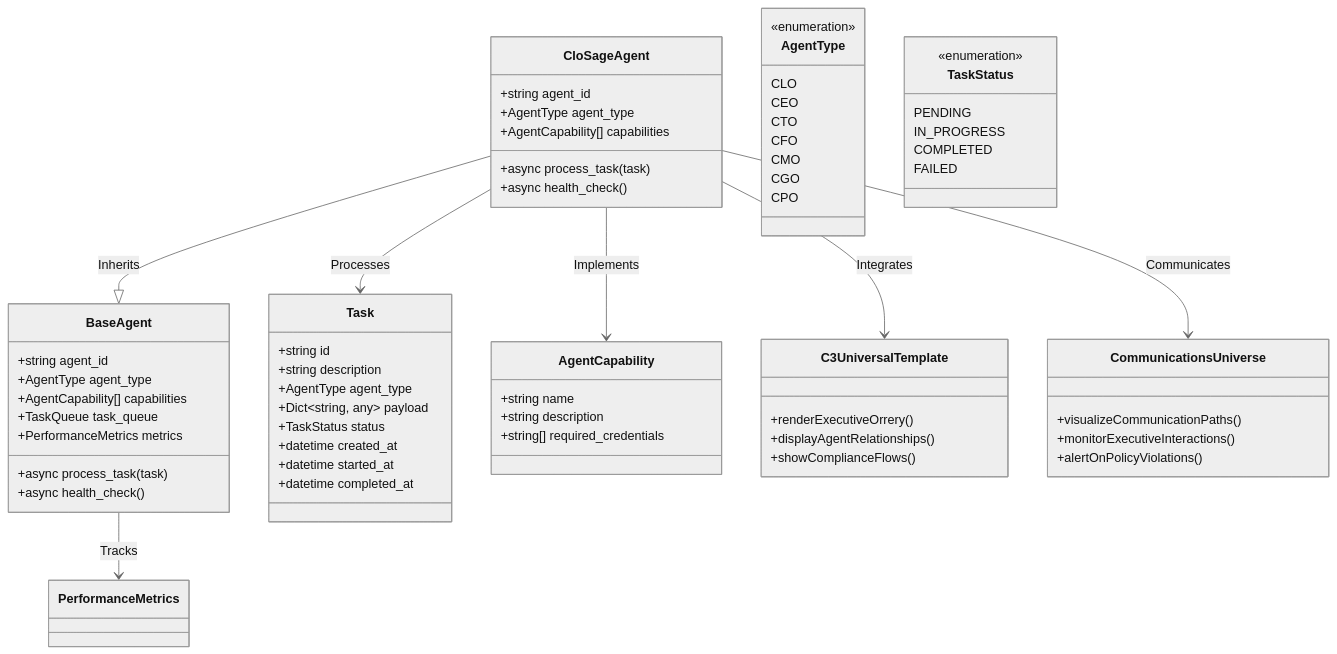
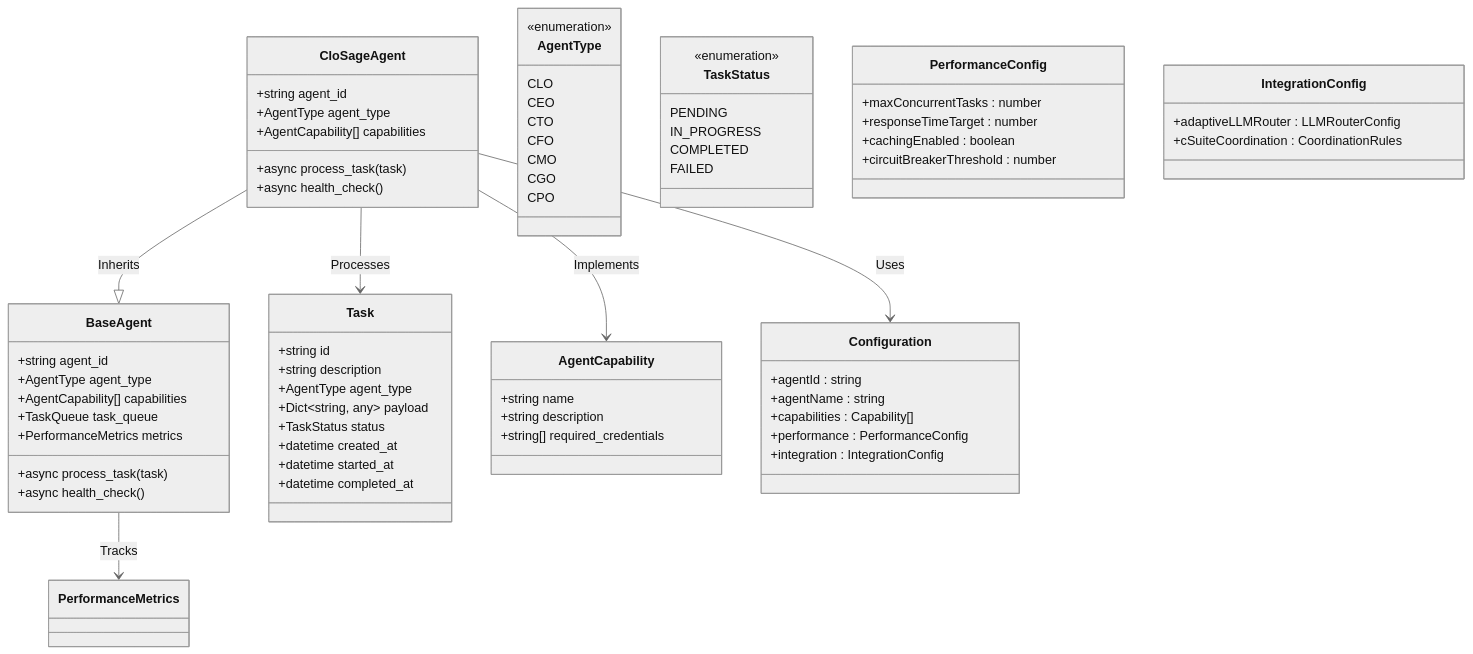
Before and after one commit to 371-Minds/os: the second of 5 diagrams in .qoder/repowiki/en/content/Agent Ecosystem/C-Suite Agents/CLO Agent (Alex).md, drawn with Mermaid (neutral theme). The commit also changed other lines of this file and 23 other files, not shown here.

````diff
--- a/.qoder/repowiki/en/content/Agent Ecosystem/C-Suite Agents/CLO Agent (Alex).md
+++ b/.qoder/repowiki/en/content/Agent Ecosystem/C-Suite Agents/CLO Agent (Alex).md
@@ -101,67 +93,73 @@
 ```mermaid
 classDiagram
 class BaseAgent {
 +string agent_id
 +AgentType agent_type
 +AgentCapability[] capabilities
 +TaskQueue task_queue
 +PerformanceMetrics metrics
 +async process_task(task)
 +async health_check()
 }
 class CloSageAgent {
 +string agent_id
 +AgentType agent_type
 +AgentCapability[] capabilities
 +async process_task(task)
 +async health_check()
 }
 class Task {
 +string id
 +string description
 +AgentType agent_type
 +Dict~string, any~ payload
 +TaskStatus status
 +datetime created_at
 +datetime started_at
 +datetime completed_at
 }
 class AgentCapability {
 +string name
 +string description
 +string[] required_credentials
 }
 class AgentType {
 <<enumeration>>
 CLO
 CEO
 CTO
 CFO
 CMO
 CGO
 CPO
 }
 class TaskStatus {
 <<enumeration>>
 PENDING
 IN_PROGRESS
 COMPLETED
 FAILED
 }
 CloSageAgent --|> BaseAgent : Inherits
 CloSageAgent --> Task : Processes
 CloSageAgent --> AgentCapability : Implements
 BaseAgent --> PerformanceMetrics : Tracks
-CloSageAgent --> C3UniversalTemplate : Integrates
-CloSageAgent --> CommunicationsUniverse : Communicates
-class C3UniversalTemplate {
-+renderExecutiveOrrery()
-+displayAgentRelationships()
-+showComplianceFlows()
+CloSageAgent --> Configuration : Uses
+class Configuration {
++agentId : string
++agentName : string
++capabilities : Capability[]
++performance : PerformanceConfig
++integration : IntegrationConfig
 }
-class CommunicationsUniverse {
-+visualizeCommunicationPaths()
-+monitorExecutiveInteractions()
-+alertOnPolicyViolations()
+class PerformanceConfig {
++maxConcurrentTasks : number
++responseTimeTarget : number
++cachingEnabled : boolean
++circuitBreakerThreshold : number
+}
+class IntegrationConfig {
++adaptiveLLMRouter : LLMRouterConfig
++cSuiteCoordination : CoordinationRules
 }
 ```
````
